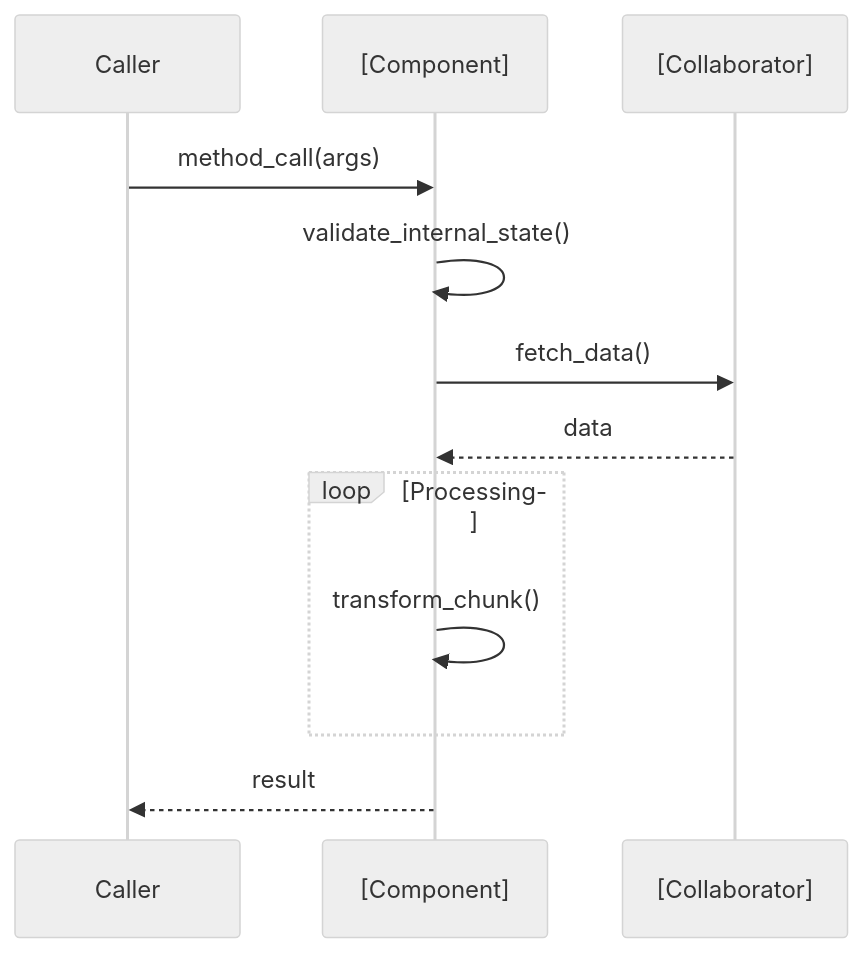
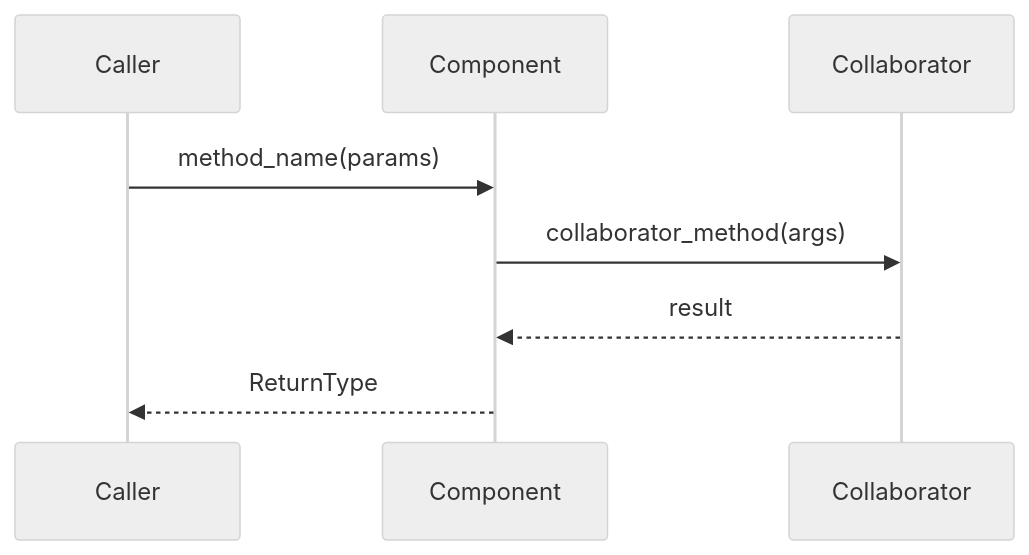
One commit to djpTester44/iocane changed the diagram in {{cookiecutter.framework_folder}}/.agent/skills/mini-spec/SKILL.md. Above: the diagram before and after it, drawn with Mermaid (neutral theme). The commit also changed other lines of this file and 62 other files, not shown here.

````diff
--- a/{{cookiecutter.framework_folder}}/.agent/skills/mini-spec/SKILL.md
+++ b/{{cookiecutter.framework_folder}}/.agent/skills/mini-spec/SKILL.md
@@ -48,15 +54,11 @@
 ```mermaid
 sequenceDiagram
     participant Caller
-    participant [Component]
-    participant [Collaborator]
+    participant Component
+    participant Collaborator
 
-    Caller->>[Component]: method_call(args)
-    [Component]->>[Component]: validate_internal_state()
-    [Component]->>[Collaborator]: fetch_data()
-    [Collaborator]-->>[Component]: data
-    loop Processing
-        [Component]->>[Component]: transform_chunk()
-    end
-    [Component]-->>Caller: result
+    Caller->>Component: method_name(params)
+    Component->>Collaborator: collaborator_method(args)
+    Collaborator-->>Component: result
+    Component-->>Caller: ReturnType
 ```
````
